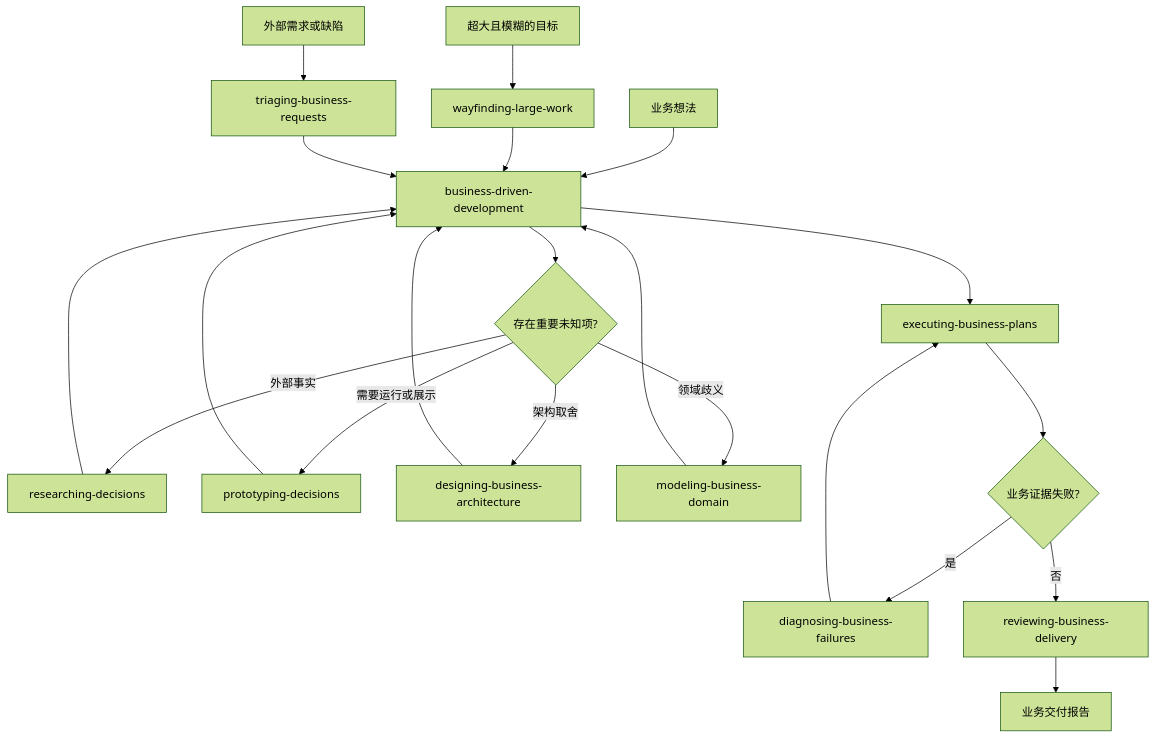
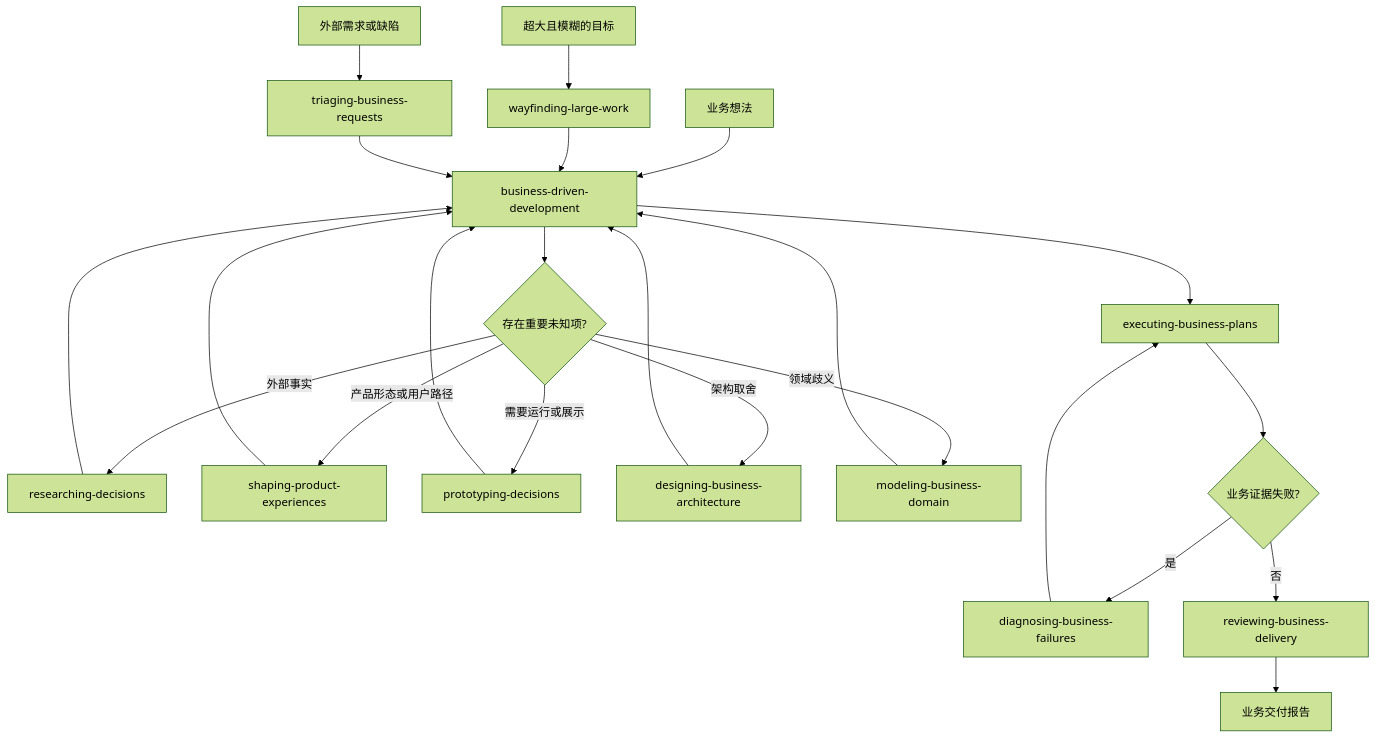
Before and after one commit to JeckChen666/Easypower: the diagram in SKILL-MAP.md, drawn with Mermaid (forest theme). The commit also changed other lines of this file and 9 other files, not shown here.

Commit message:
feat: add product experience shaping skill

````diff
--- a/SKILL-MAP.md
+++ b/SKILL-MAP.md
@@ -39,25 +40,27 @@
 ```mermaid
 flowchart TD
     A[业务想法] --> B[business-driven-development]
     Z[超大且模糊的目标] --> W[wayfinding-large-work]
     W --> B
     R[外部需求或缺陷] --> T[triaging-business-requests]
     T --> B
 
     B --> D{存在重要未知项?}
     D -- 外部事实 --> RS[researching-decisions]
+    D -- 产品形态或用户路径 --> UX[shaping-product-experiences]
     D -- 需要运行或展示 --> P[prototyping-decisions]
     D -- 架构取舍 --> A1[designing-business-architecture]
     D -- 领域歧义 --> M[modeling-business-domain]
     RS --> B
+    UX --> B
     P --> B
     A1 --> B
     M --> B
 
     B --> E[executing-business-plans]
     E --> F{业务证据失败?}
     F -- 是 --> G[diagnosing-business-failures]
     G --> E
     F -- 否 --> V[reviewing-business-delivery]
     V --> H[业务交付报告]
 ```
````
